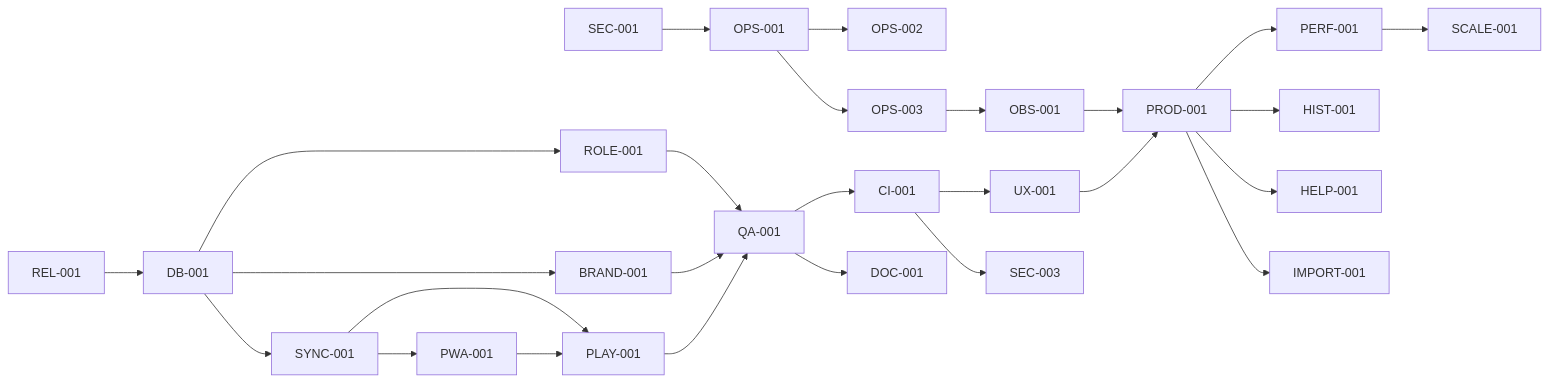
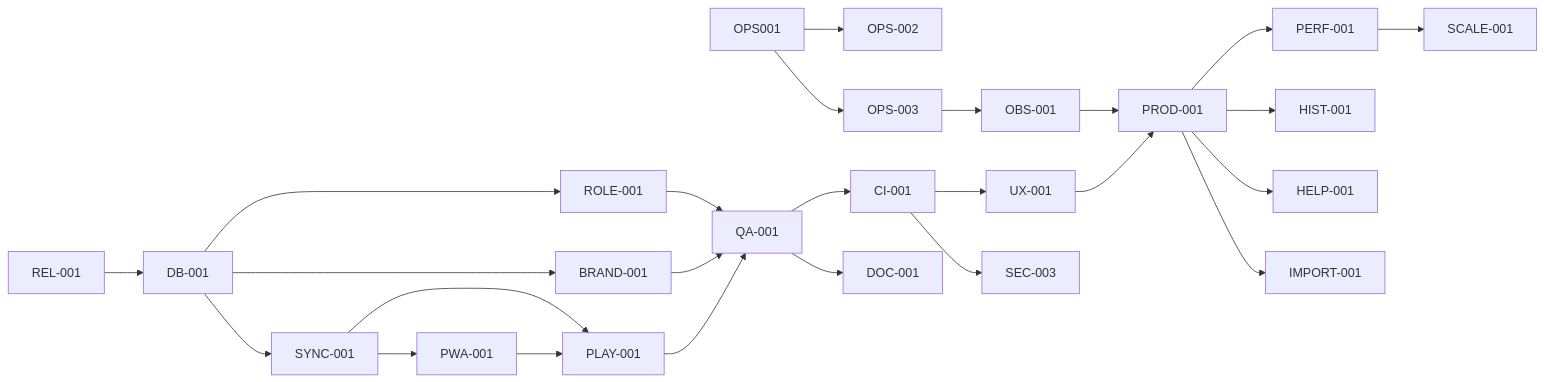
One commit to felipenegriO/cifras_fdm changed the diagram in docs/plano-mestre-implementacao.md. Above: the diagram before and after it, drawn with Mermaid. The commit also changed other lines of this file and 242 other files, not shown here.

````diff
--- a/docs/plano-mestre-implementacao.md
+++ b/docs/plano-mestre-implementacao.md
@@ -1739,28 +1768,27 @@
 ```mermaid
 flowchart LR
     REL001["REL-001"] --> DB001["DB-001"]
-    SEC001["SEC-001"] --> OPS001["OPS-001"]
     DB001 --> ROLE001["ROLE-001"]
     DB001 --> BRAND001["BRAND-001"]
     DB001 --> SYNC001["SYNC-001"]
     SYNC001 --> PWA001["PWA-001"]
     SYNC001 --> PLAY001["PLAY-001"]
     PWA001 --> PLAY001
     ROLE001 --> QA001["QA-001"]
     BRAND001 --> QA001
     PLAY001 --> QA001
     OPS001 --> OPS002["OPS-002"]
     OPS001 --> OPS003["OPS-003"]
     QA001 --> CI001["CI-001"]
     QA001 --> DOC001["DOC-001"]
     OPS003 --> OBS001["OBS-001"]
     CI001 --> UX001["UX-001"]
     OBS001 --> PROD001["PROD-001"]
     UX001 --> PROD001
     PROD001 --> PERF001["PERF-001"]
     PROD001 --> HIST001["HIST-001"]
     PROD001 --> HELP001["HELP-001"]
     PROD001 --> IMPORT001["IMPORT-001"]
     PERF001 --> SCALE001["SCALE-001"]
     CI001 --> SEC003["SEC-003"]
 ```
````
